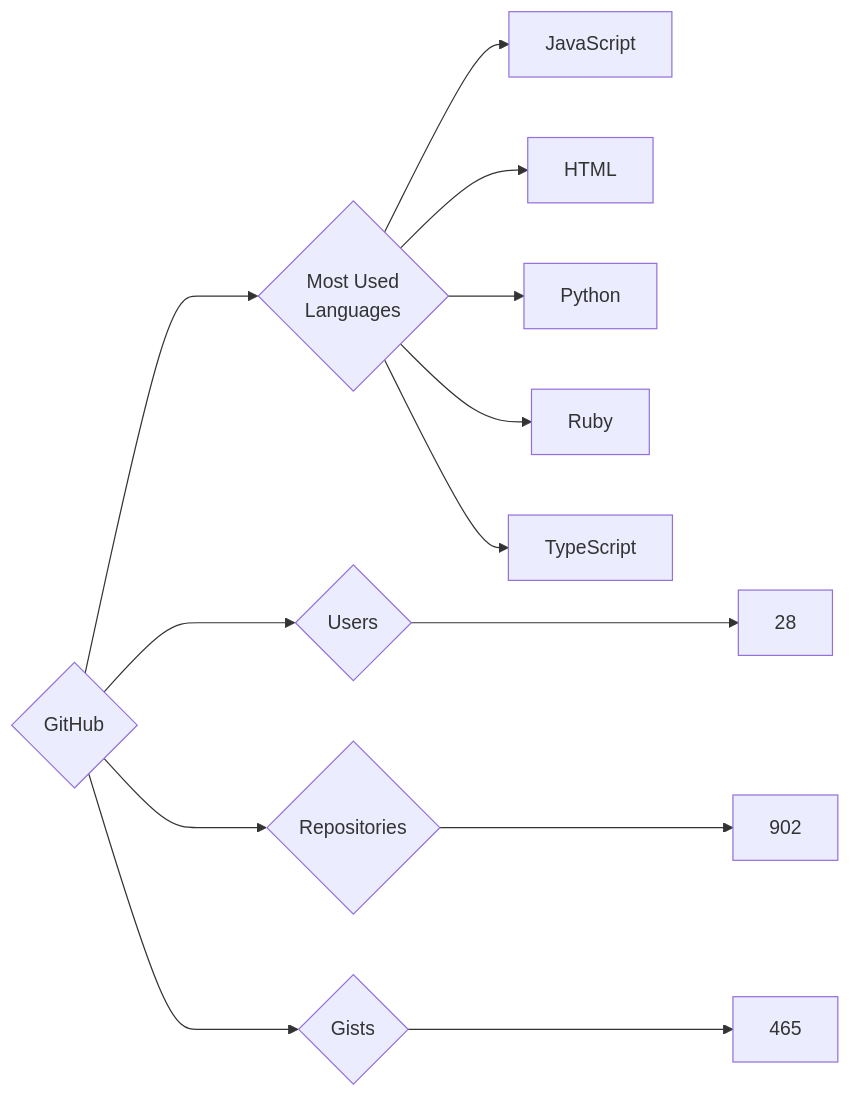
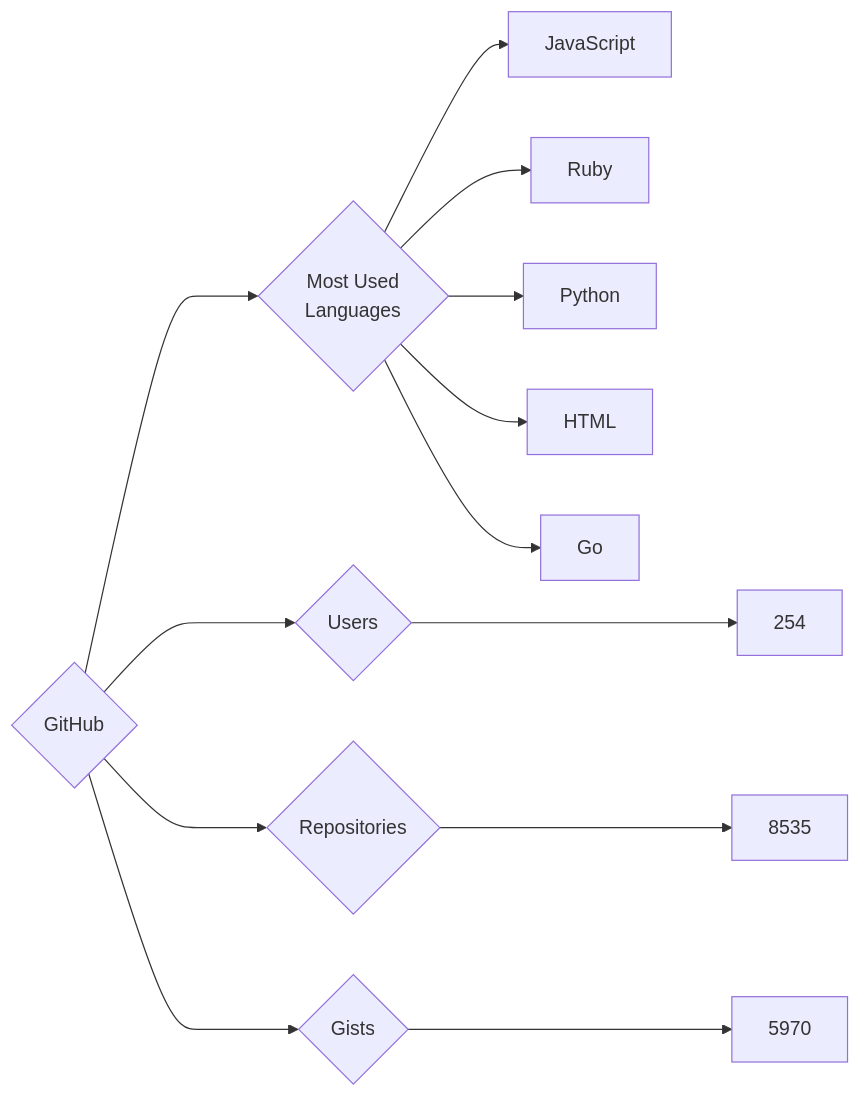
One commit to trickest/insiders changed the diagram in targets/GitHub/README.md. Above: the diagram before and after it, drawn with Mermaid. The commit also changed 944 other files, not shown here.

````diff
--- a/targets/GitHub/README.md
+++ b/targets/GitHub/README.md
@@ -3,13 +3,13 @@
 ```mermaid
 graph LR
 COMPANY_NAME{GitHub}
-COMPANY_NAME ---> U{Users} ---> UN[28]
-COMPANY_NAME ---> R{Repositories} ---> RN[902]
-COMPANY_NAME ---> G{Gists} ---> GN[465]
+COMPANY_NAME ---> U{Users} ---> UN[254]
+COMPANY_NAME ---> R{Repositories} ---> RN[8535]
+COMPANY_NAME ---> G{Gists} ---> GN[5970]
 COMPANY_NAME ---> ML{Most Used<br>Languages}
 ML --> JavaScript[JavaScript]
+ML --> Ruby[Ruby]
+ML --> Python[Python]
 ML --> HTML[HTML]
-ML --> Python[Python]
-ML --> Ruby[Ruby]
-ML --> TypeScript[TypeScript]
+ML --> Go[Go]
 ```
````
